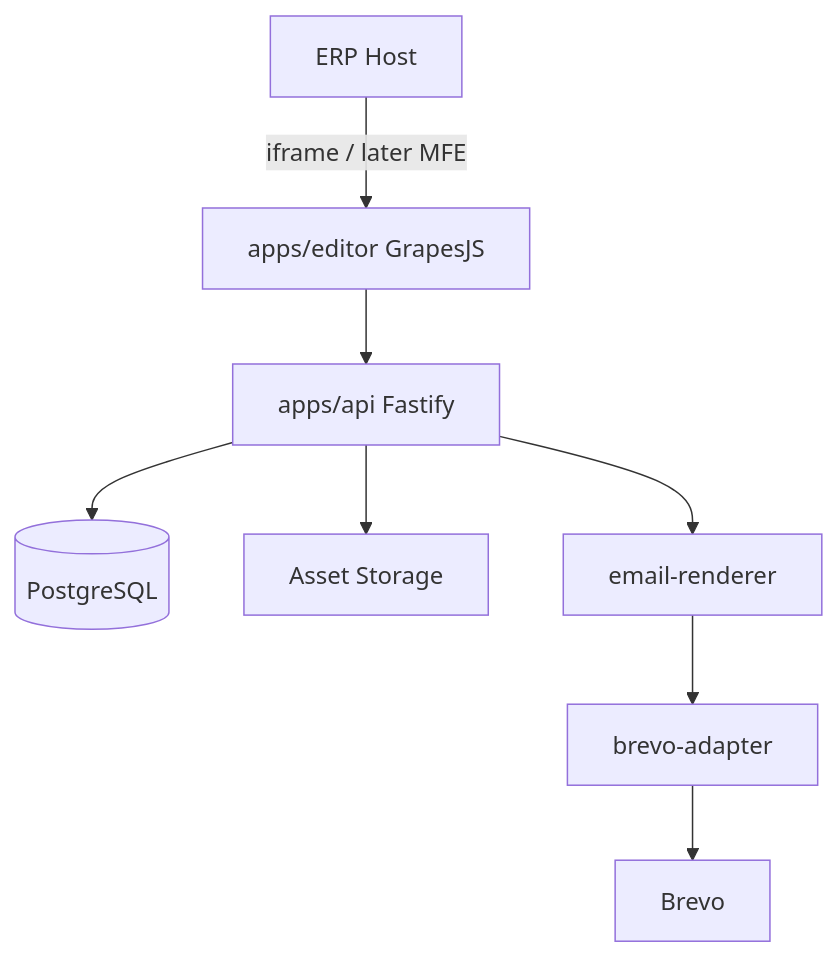
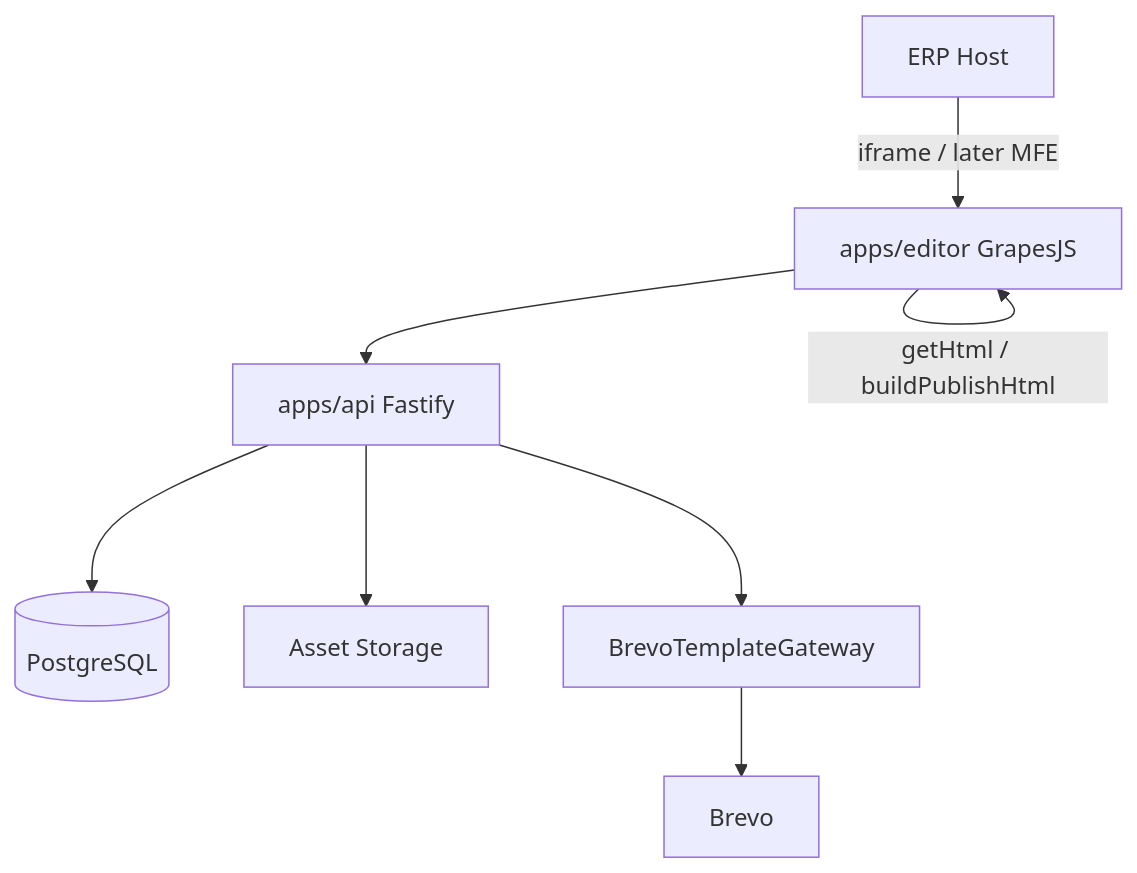
The diagram in .project-memory/architecture/overview.mermaid (iamthamanic/email-editor-brevo-grapejs-), drawn with Mermaid before and after one commit. The commit also changed 250 other files, not shown here.

```diff
--- a/.project-memory/architecture/overview.mermaid
+++ b/.project-memory/architecture/overview.mermaid
@@ -1,17 +1,16 @@
 flowchart TB
   ERP[ERP Host]
   UI[apps/editor GrapesJS]
   API[apps/api Fastify]
   DB[(PostgreSQL)]
   AS[Asset Storage]
-  R[email-renderer]
-  BA[brevo-adapter]
+  GW[BrevoTemplateGateway]
   BREVO[Brevo]
 
   ERP -->|iframe / later MFE| UI
+  UI -->|getHtml / buildPublishHtml| UI
   UI --> API
   API --> DB
   API --> AS
-  API --> R
-  R --> BA
-  BA --> BREVO
+  API --> GW
+  GW --> BREVO
```
